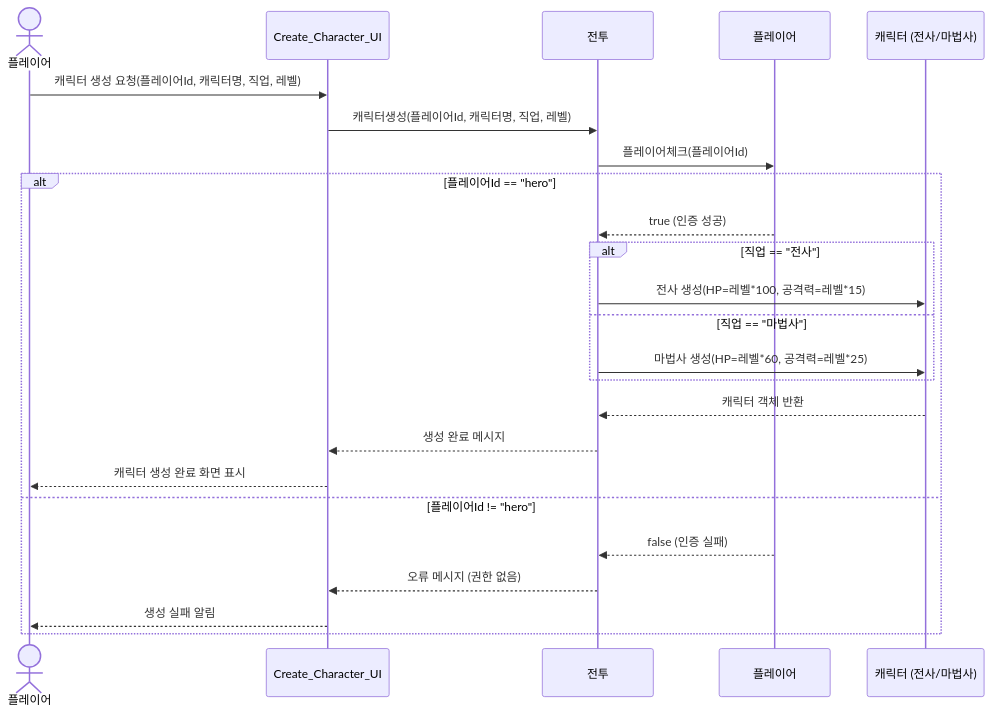
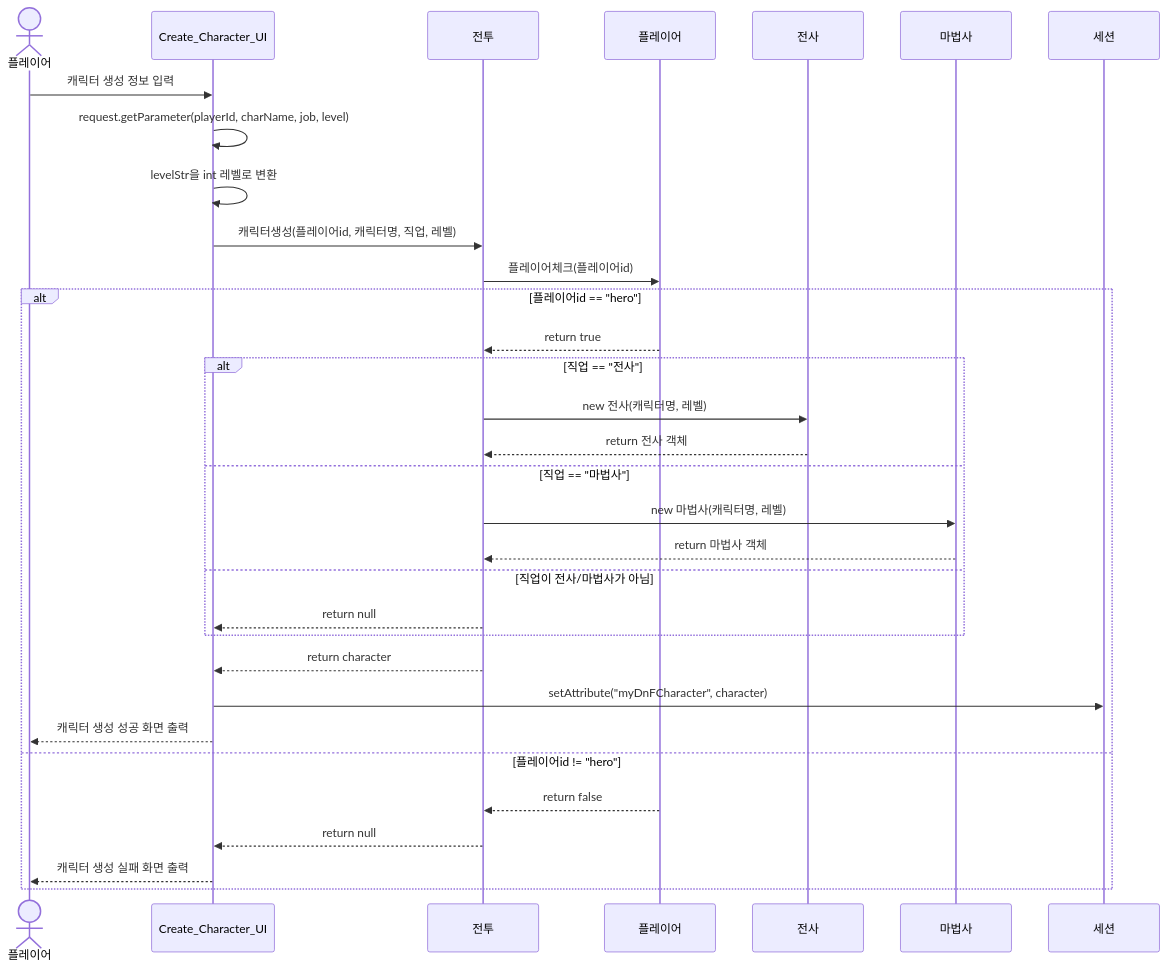
The diagram in 캐릭터생성_순차도.md (seonwung/DnF_Nattle_B_04), drawn with Mermaid before and after one commit. The commit also changed 2 other files, not shown here.

````diff
--- a/캐릭터생성_순차도.md
+++ b/캐릭터생성_순차도.md
@@ -1,29 +1,40 @@
 ```mermaid
 sequenceDiagram
     actor Player as 플레이어
     participant UI as Create_Character_UI
     participant Battle as 전투
     participant PlayerClass as 플레이어
-    participant Char as 캐릭터 (전사/마법사)
+    participant Warrior as 전사
+    participant Mage as 마법사
+    participant Session as 세션
 
-    Player->>UI: 캐릭터 생성 요청(플레이어Id, 캐릭터명, 직업, 레벨)
-    UI->>Battle: 캐릭터생성(플레이어Id, 캐릭터명, 직업, 레벨)
-    
-    Battle->>PlayerClass: 플레이어체크(플레이어Id)
-    alt 플레이어Id == "hero"
-        PlayerClass-->>Battle: true (인증 성공)
-        
+    Player->>UI: 캐릭터 생성 정보 입력
+    UI->>UI: request.getParameter(playerId, charName, job, level)
+    UI->>UI: levelStr을 int 레벨로 변환
+
+    UI->>Battle: 캐릭터생성(플레이어id, 캐릭터명, 직업, 레벨)
+    Battle->>PlayerClass: 플레이어체크(플레이어id)
+
+    alt 플레이어id == "hero"
+        PlayerClass-->>Battle: return true
+
         alt 직업 == "전사"
-            Battle->>Char: 전사 생성(HP=레벨*100, 공격력=레벨*15)
+            Battle->>Warrior: new 전사(캐릭터명, 레벨)
+            Warrior-->>Battle: return 전사 객체
         else 직업 == "마법사"
-            Battle->>Char: 마법사 생성(HP=레벨*60, 공격력=레벨*25)
+            Battle->>Mage: new 마법사(캐릭터명, 레벨)
+            Mage-->>Battle: return 마법사 객체
+        else 직업이 전사/마법사가 아님
+            Battle-->>UI: return null
         end
-        Char-->>Battle: 캐릭터 객체 반환
-        Battle-->>UI: 생성 완료 메시지
-        UI-->>Player: 캐릭터 생성 완료 화면 표시
-    else 플레이어Id != "hero"
-        PlayerClass-->>Battle: false (인증 실패)
-        Battle-->>UI: 오류 메시지 (권한 없음)
-        UI-->>Player: 생성 실패 알림
+
+        Battle-->>UI: return character
+        UI->>Session: setAttribute("myDnFCharacter", character)
+        UI-->>Player: 캐릭터 생성 성공 화면 출력
+
+    else 플레이어id != "hero"
+        PlayerClass-->>Battle: return false
+        Battle-->>UI: return null
+        UI-->>Player: 캐릭터 생성 실패 화면 출력
     end
 ```
````
